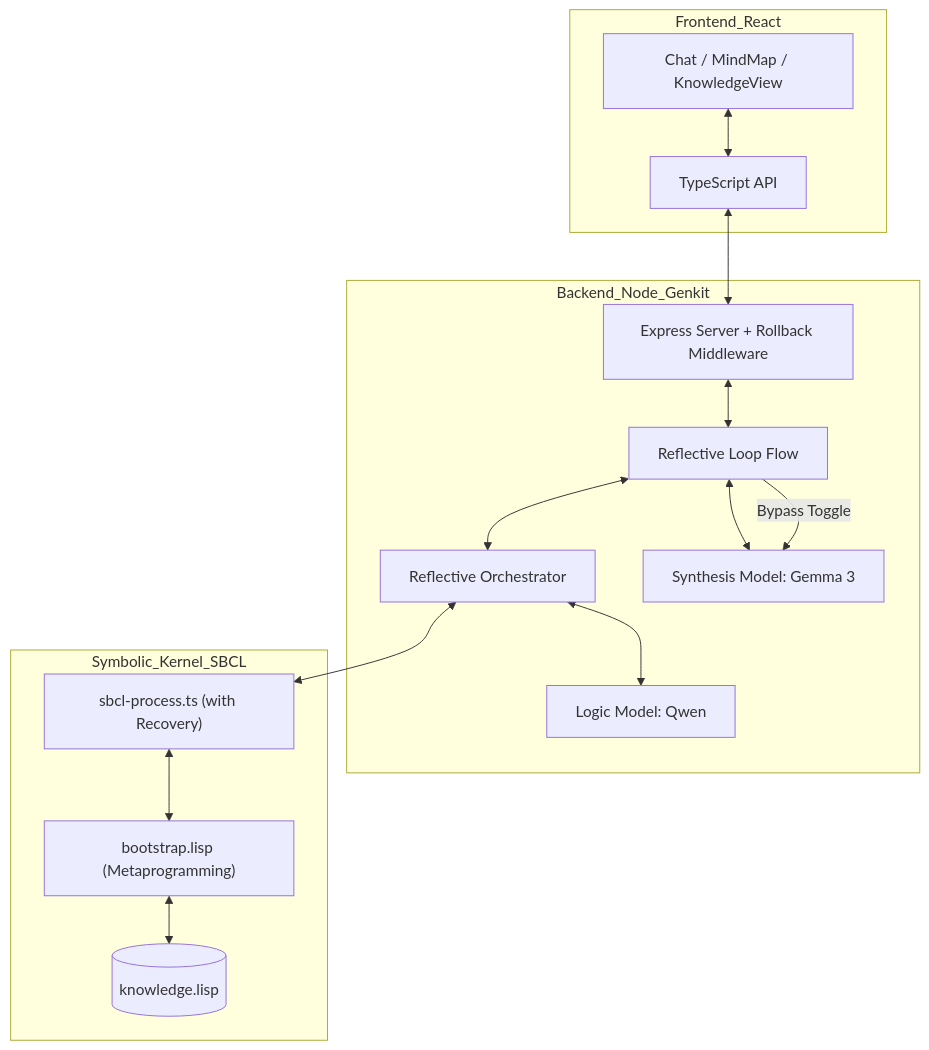
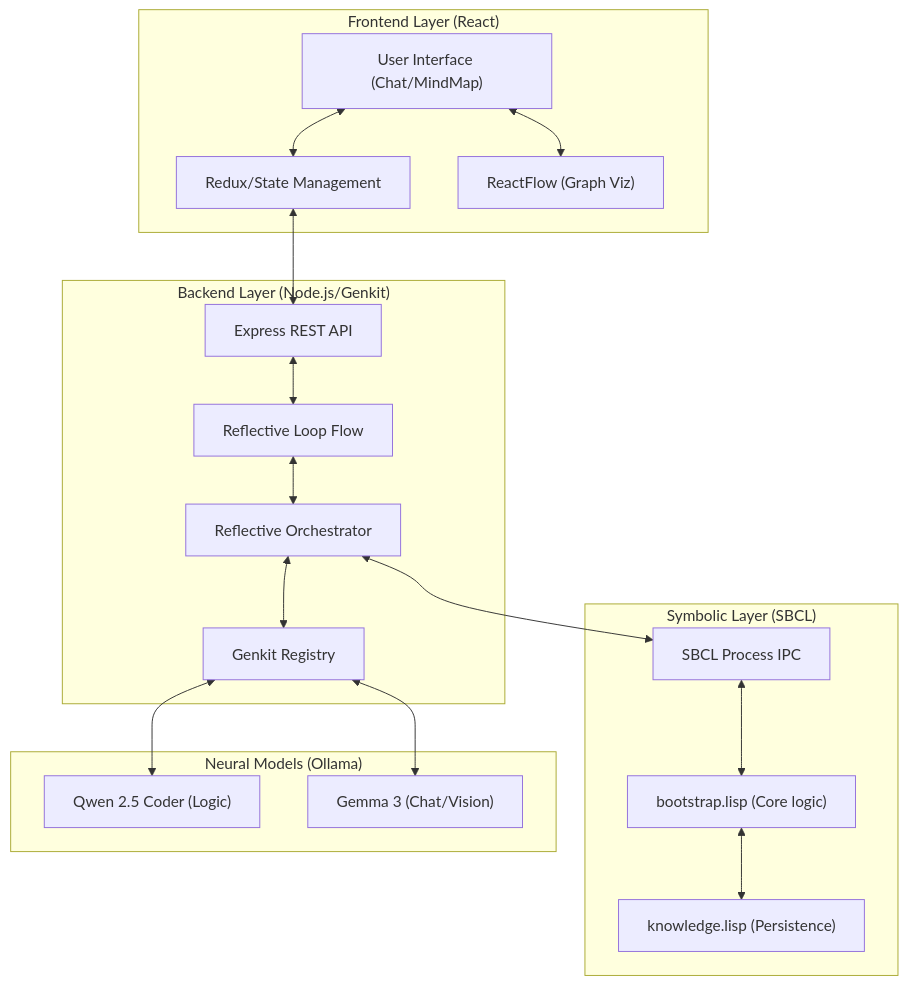
Before and after one commit to spock74/dialectical-symbolic-ai: the first of 4 diagrams in README_V02.md, drawn with Mermaid. The commit also changed other lines of this file and 47 other files, not shown here.

Commit message:
feat: Introduce Lisp interpreter and graph engine, refactor extraction flows, and update frontend UI and build configuration.

````diff
--- a/README_V02.md
+++ b/README_V02.md
@@ -21,23 +21,41 @@
 ```mermaid
-graph TD
-    subgraph Frontend_React
-        UI[Chat / MindMap / KnowledgeView] <--> API[TypeScript API]
+graph TB
+    subgraph "Frontend Layer (React)"
+        UI["User Interface (Chat/MindMap)"]
+        STORE["Redux/State Management"]
+        RF["ReactFlow (Graph Viz)"]
+        UI <--> STORE
+        UI <--> RF
     end
 
-    subgraph Backend_Node_Genkit
-        API <--> Server[Express Server + Rollback Middleware]
-        Server <--> Loop[Reflective Loop Flow]
-        Loop <--> Orch[Reflective Orchestrator]
-        Loop <--> S[Synthesis Model: Gemma 3]
-        Orch <--> L[Logic Model: Qwen]
+    subgraph "Backend Layer (Node.js/Genkit)"
+        API["Express REST API"]
+        ORCH["Reflective Orchestrator"]
+        FLOW["Reflective Loop Flow"]
+        GENKIT["Genkit Registry"]
         
-        %% Bypass Path
-        Loop -- Bypass Toggle --> S
+        API <--> FLOW
+        FLOW <--> ORCH
+        ORCH <--> GENKIT
     end
 
-    subgraph Symbolic_Kernel_SBCL
-        Orch <--> SBCL["sbcl-process.ts (with Recovery)"]
-        SBCL <--> Core["bootstrap.lisp (Metaprogramming)"]
-        Core <--> DB[(knowledge.lisp)]
+    subgraph "Symbolic Layer (SBCL)"
+        KERNEL["SBCL Process IPC"]
+        BOOT["bootstrap.lisp (Core logic)"]
+        KG["knowledge.lisp (Persistence)"]
+        
+        KERNEL <--> BOOT
+        BOOT <--> KG
     end
+
+    subgraph "Neural Models (Ollama)"
+        QWEN["Qwen 2.5 Coder (Logic)"]
+        GEMMA["Gemma 3 (Chat/Vision)"]
+    end
+
+    %% Key Connections
+    ORCH <--> KERNEL
+    GENKIT <--> QWEN
+    GENKIT <--> GEMMA
+    STORE <--> API
 ```
````
